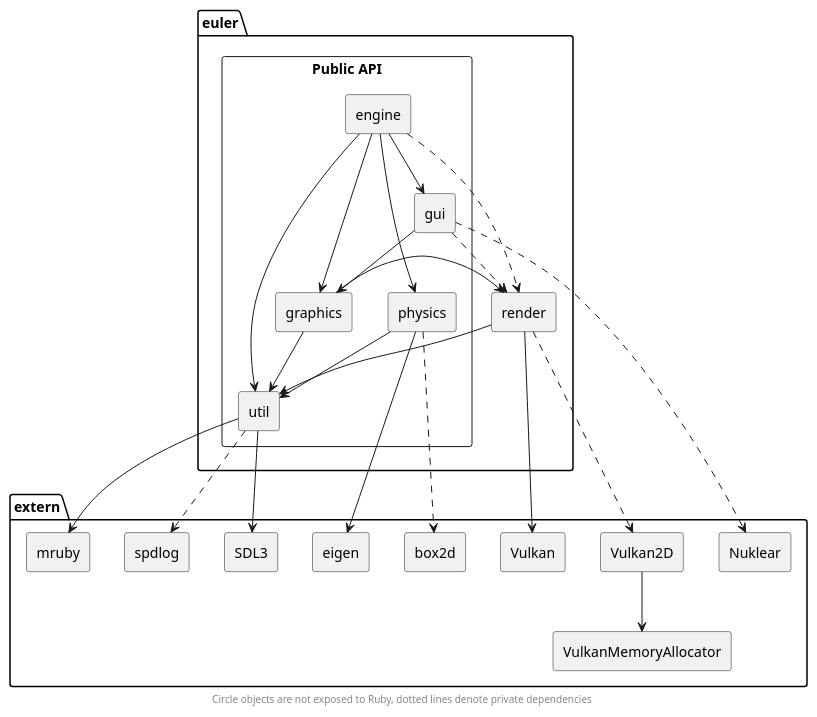
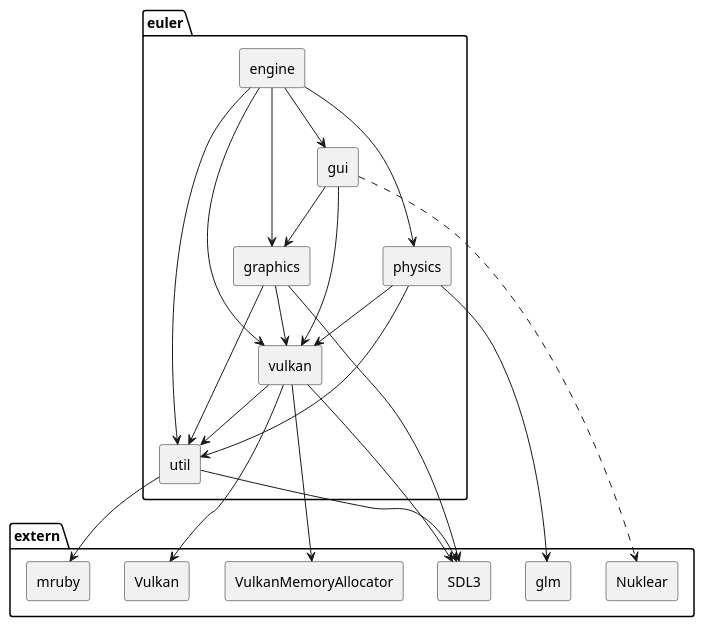
Before and after one commit to cmburn/euler: the diagram in doc/module_graph.puml, drawn with PlantUML. The commit also changed 116 other files, not shown here.

```diff
--- a/doc/module_graph.puml
+++ b/doc/module_graph.puml
@@ -1,81 +1,46 @@
 @startuml
 'https://plantuml.com/component-diagram
 
 
 package euler {
-rectangle public as "Public API" {
+
 agent engine
 agent graphics
 agent gui
 agent util
 agent physics
-}
-agent render
+agent vulkan
 
 }
 
 package extern {
-agent eigen
+agent glm
 agent mruby
 agent SDL3
 agent Vulkan
-agent box2d
-agent spdlog
-agent Vulkan2D
 agent VulkanMemoryAllocator
 agent Nuklear
 }
 
 gui --> graphics
-gui ..> render
+gui --> vulkan
 gui ..> Nuklear
-graphics --> render
+graphics --> vulkan
 engine --> graphics
 engine --> gui
 engine --> util
-engine ..> render
+engine --> vulkan
 engine --> physics
-util ..> spdlog
-physics ..> box2d
 util --> SDL3
 util --> mruby
-render ..> Vulkan2D
-physics --> eigen
-render --> Vulkan
-Vulkan2D --> VulkanMemoryAllocator
+physics --> glm
+physics --> vulkan
+vulkan --> Vulkan
 physics --> util
 graphics --> util
-render --> util
-
-footer Circle objects are not exposed to Ruby, dotted lines denote private dependencies
-
-'package "Some Group" {
-'  HTTP - [First Component]
-'  [Another Component]
-'}
-'
-'node "Other Groups" {
-'  FTP - [Second Component]
-'  [First Component] --> FTP
-'}
-'
-'cloud {
-'  [Example 1]
-'}
-'
-'
-'database "MySql" {
-'  folder "This is my folder" {
-'    [Folder 3]
-'  }
-'  frame "Foo" {
-'    [Frame 4]
-'  }
-'}
-'
-'
-'[Another Component] --> [Example 1]
-'[Example 1] --> [Folder 3]
-'[Folder 3] --> [Frame 4]
+graphics --> SDL3
+vulkan --> util
+vulkan --> VulkanMemoryAllocator
+vulkan --> SDL3
 
 @enduml
```
